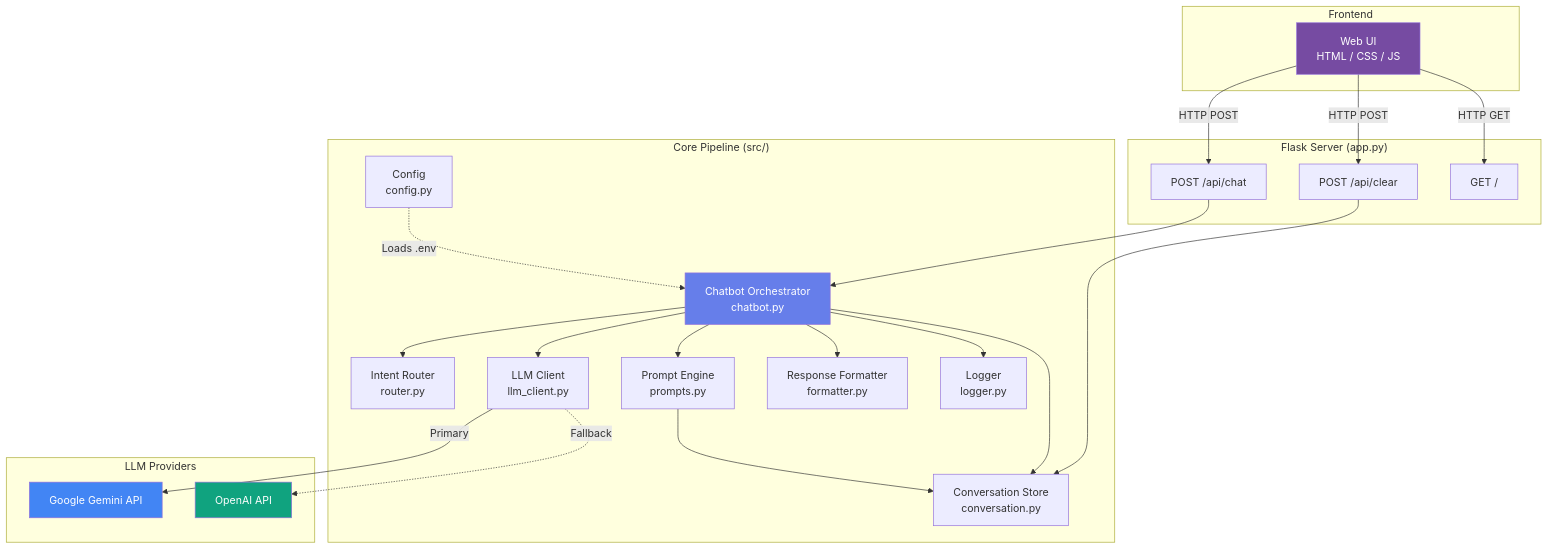
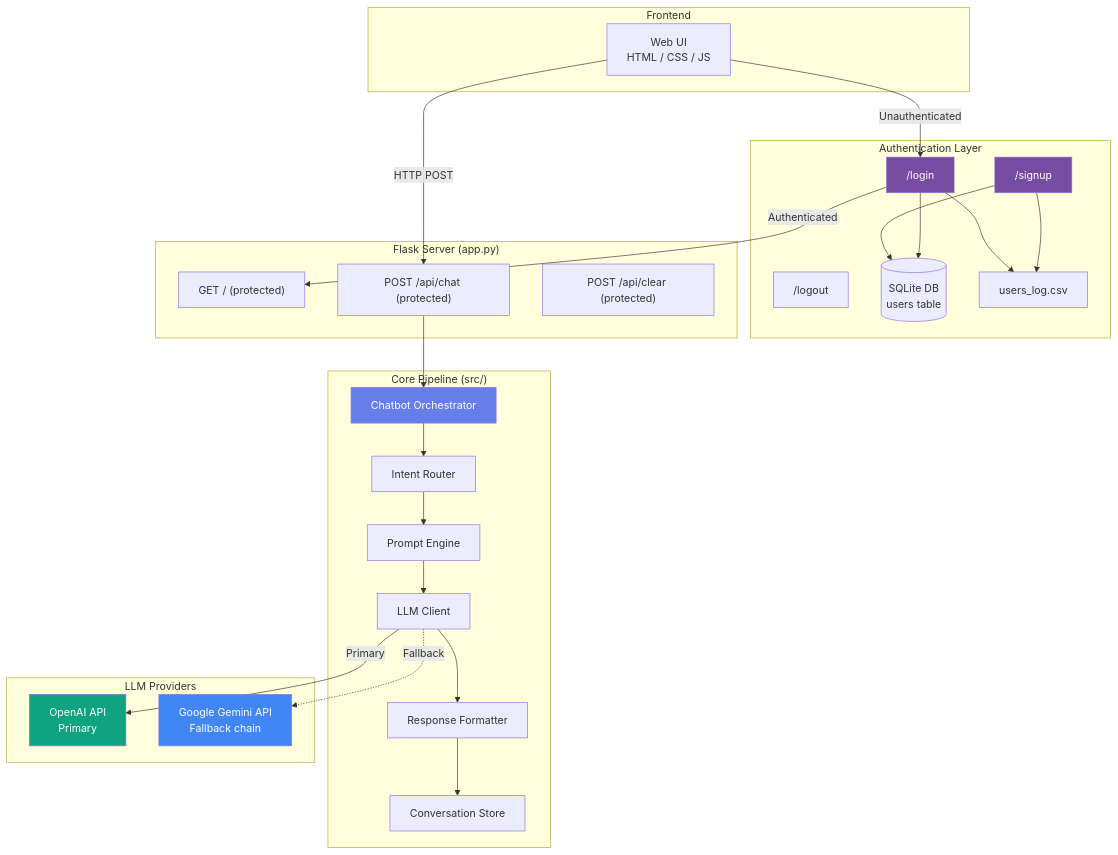
Before and after one commit to EHTESHAM1231/chatbot: the first of 6 diagrams in README.md, drawn with Mermaid. The commit also changed other lines of this file, not shown here.

````diff
--- a/README.md
+++ b/README.md
@@ -47,49 +55,52 @@
 ```mermaid
 graph TB
+    subgraph Auth["Authentication Layer"]
+        LOGIN["/login"]
+        SIGNUP["/signup"]
+        LOGOUT["/logout"]
+        DB[(SQLite DB<br/>users table)]
+        CSV[users_log.csv]
+    end
+
     subgraph Frontend
         UI[Web UI<br/>HTML / CSS / JS]
     end
 
     subgraph Flask["Flask Server (app.py)"]
-        API_CHAT["POST /api/chat"]
-        API_CLEAR["POST /api/clear"]
-        INDEX["GET /"]
+        INDEX["GET / (protected)"]
+        API_CHAT["POST /api/chat (protected)"]
+        API_CLEAR["POST /api/clear (protected)"]
     end
 
     subgraph Core["Core Pipeline (src/)"]
-        CB[Chatbot Orchestrator<br/>chatbot.py]
-        CFG[Config<br/>config.py]
-        RT[Intent Router<br/>router.py]
-        PE[Prompt Engine<br/>prompts.py]
-        LLM[LLM Client<br/>llm_client.py]
-        FMT[Response Formatter<br/>formatter.py]
-        CS[Conversation Store<br/>conversation.py]
-        LOG[Logger<br/>logger.py]
+        CB[Chatbot Orchestrator]
+        RT[Intent Router]
+        PE[Prompt Engine]
+        LLM[LLM Client]
+        FMT[Response Formatter]
+        CS[Conversation Store]
     end
 
     subgraph Providers["LLM Providers"]
-        GEM[Google Gemini API]
-        OAI[OpenAI API]
+        OAI[OpenAI API<br/>Primary]
+        GEM[Google Gemini API<br/>Fallback chain]
     end
 
+    UI -->|Unauthenticated| LOGIN
+    LOGIN -->|Authenticated| INDEX
+    SIGNUP --> DB
+    LOGIN --> DB
+    LOGIN --> CSV
+    SIGNUP --> CSV
     UI -->|HTTP POST| API_CHAT
-    UI -->|HTTP POST| API_CLEAR
-    UI -->|HTTP GET| INDEX
     API_CHAT --> CB
-    API_CLEAR --> CS
-    CB --> RT
-    CB --> PE
-    CB --> LLM
-    CB --> FMT
-    CB --> CS
-    CB --> LOG
-    PE --> CS
-    LLM -->|Primary| GEM
-    LLM -.->|Fallback| OAI
-    CFG -.->|Loads .env| CB
+    CB --> RT --> PE --> LLM --> FMT --> CS
+    LLM -->|Primary| OAI
+    LLM -.->|Fallback| GEM
 
+    style OAI fill:#10a37f,color:#fff
     style GEM fill:#4285F4,color:#fff
-    style OAI fill:#10a37f,color:#fff
     style CB fill:#667eea,color:#fff
-    style UI fill:#764ba2,color:#fff
+    style LOGIN fill:#764ba2,color:#fff
+    style SIGNUP fill:#764ba2,color:#fff
 ```
````
